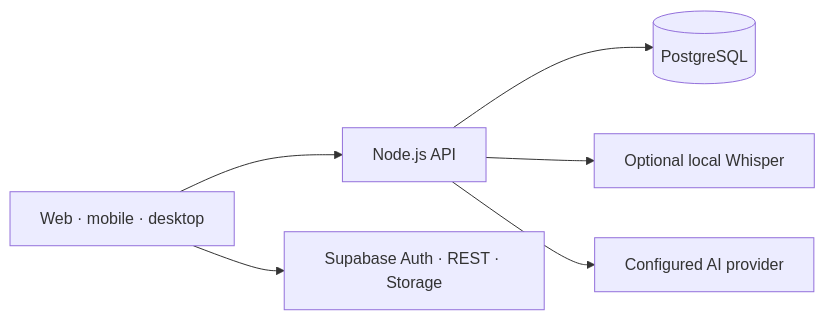
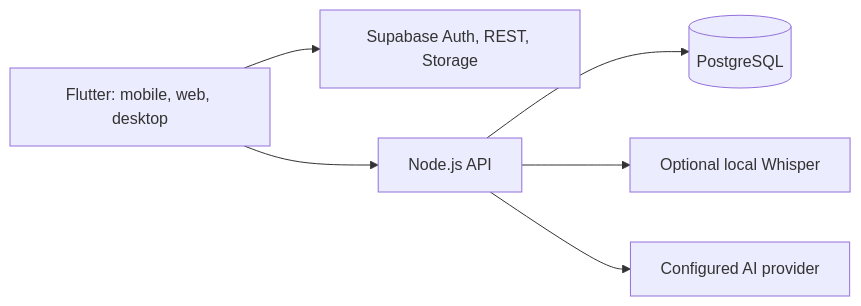
The diagram in README.en.md (ToshioDev/lumenote-app), drawn with Mermaid before and after one commit. The commit also changed other lines of this file and 5 other files, not shown here.

````diff
--- a/README.en.md
+++ b/README.en.md
@@ -79,8 +101,8 @@
 ```mermaid
 flowchart LR
-    U[Web · mobile · desktop] --> A[Node.js API]
+    U[Flutter: mobile, web, desktop] --> S[Supabase Auth, REST, Storage]
+    U --> A[Node.js API]
     A --> D[(PostgreSQL)]
     A --> W[Optional local Whisper]
-    U --> S[Supabase Auth · REST · Storage]
-    A --> P[Configured AI provider]
+    A --> M[Configured AI provider]
 ```
````
